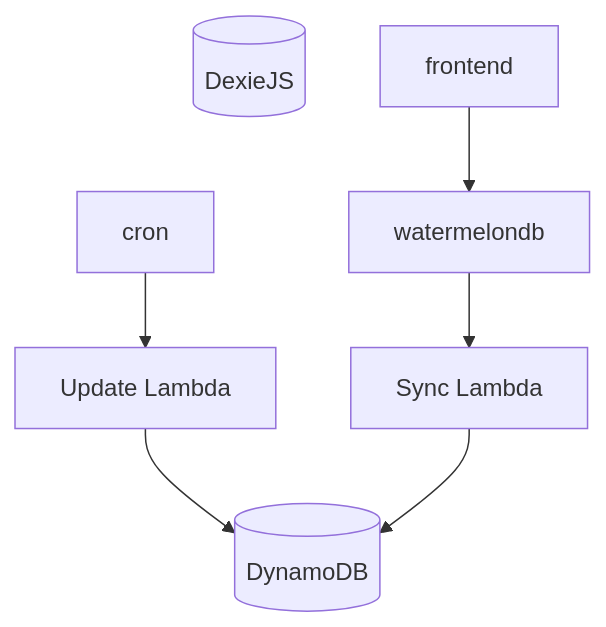
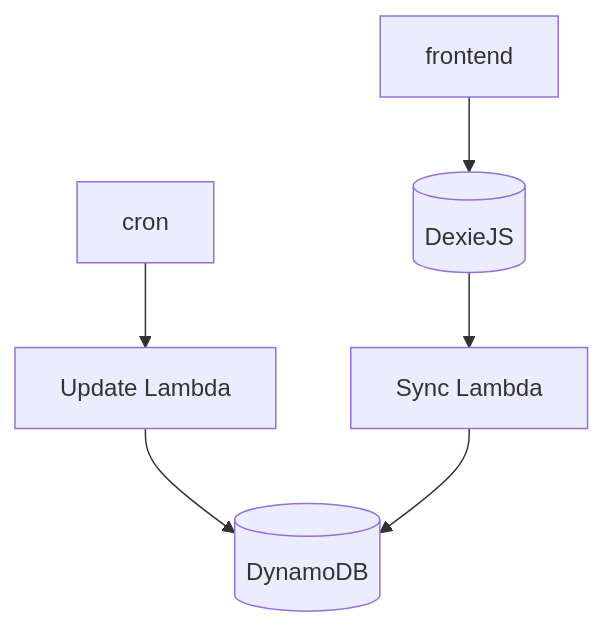
The diagram in README.md (skopjehacklab/cloudy-rss), drawn with Mermaid before and after one commit.

````diff
--- a/README.md
+++ b/README.md
@@ -21,10 +21,10 @@
 ```mermaid
 graph TD
   DynamoDB[(DynamoDB)]
   updateLambda[Update Lambda]
   syncLambda[Sync Lambda]
   dexiejs[(DexieJS)]
 
   cron --> updateLambda --> DynamoDB
-  frontend --> watermelondb --> syncLambda --> DynamoDB
+  frontend --> dexiejs --> syncLambda --> DynamoDB
 ```
````
